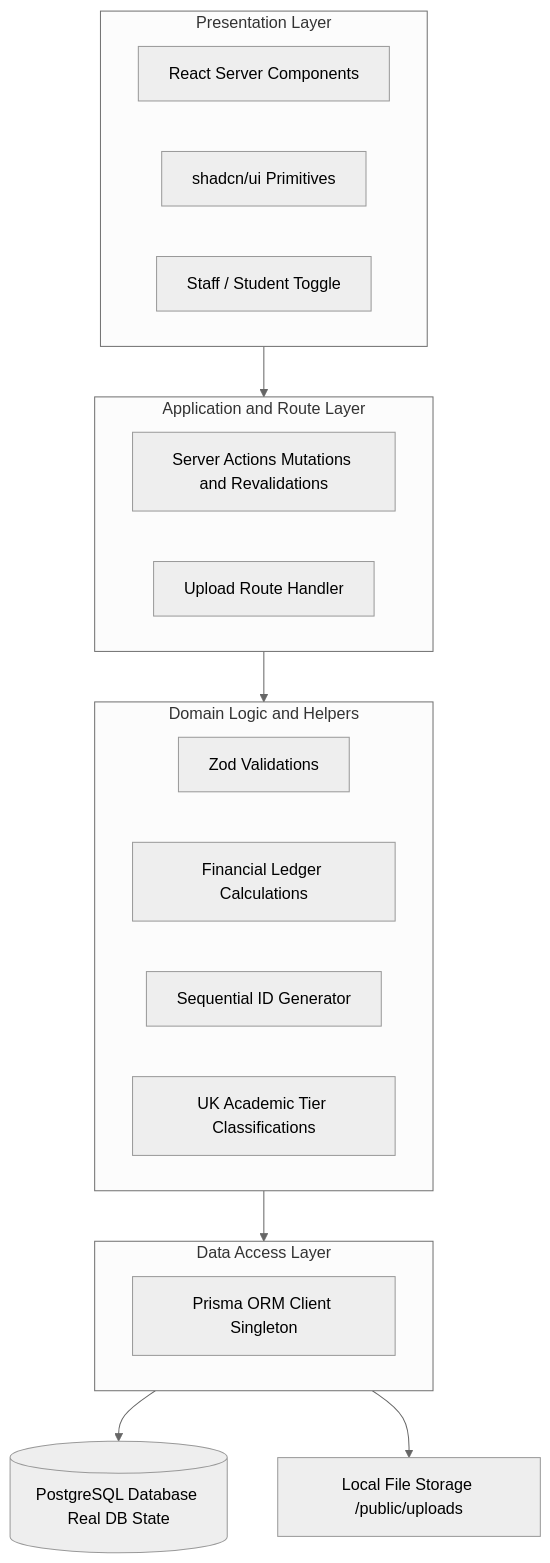
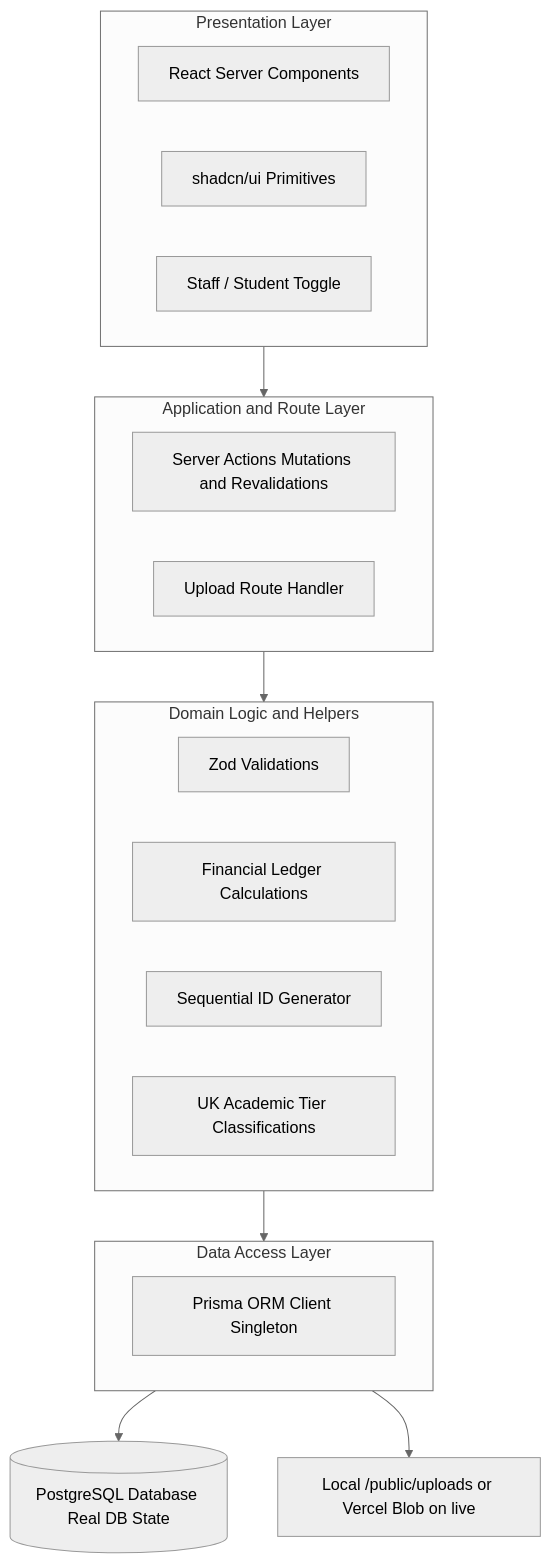
One commit to jorjishasan/sms-registry-module changed the first of 2 diagrams in README.md. Above: the diagram before and after it, drawn with Mermaid (neutral theme). The commit also changed other lines of this file, not shown here.

First line of the commit message:
Update README.md with live site details and file storage information

````diff
--- a/README.md
+++ b/README.md
@@ -13,33 +17,33 @@
 ```mermaid
 flowchart TB
   subgraph presentation [Presentation Layer]
     RSC[React Server Components]
     Shadcn[shadcn/ui Primitives]
     RoleToggle[Staff / Student Toggle]
   end
 
   subgraph application [Application and Route Layer]
     SA[Server Actions Mutations and Revalidations]
     Upload[Upload Route Handler]
   end
 
   subgraph domain [Domain Logic and Helpers]
     Zod[Zod Validations]
     Fees[Financial Ledger Calculations]
     IdGen[Sequential ID Generator]
     Tiers[UK Academic Tier Classifications]
   end
 
   subgraph dataAccess [Data Access Layer]
     Prisma[Prisma ORM Client Singleton]
   end
 
   PG[(PostgreSQL Database Real DB State)]
-  FS["Local File Storage /public/uploads"]
+  FS["Local /public/uploads or Vercel Blob on live"]
 
   presentation --> application
   application --> domain
   domain --> dataAccess
   dataAccess --> PG
   dataAccess --> FS
 ```
````
